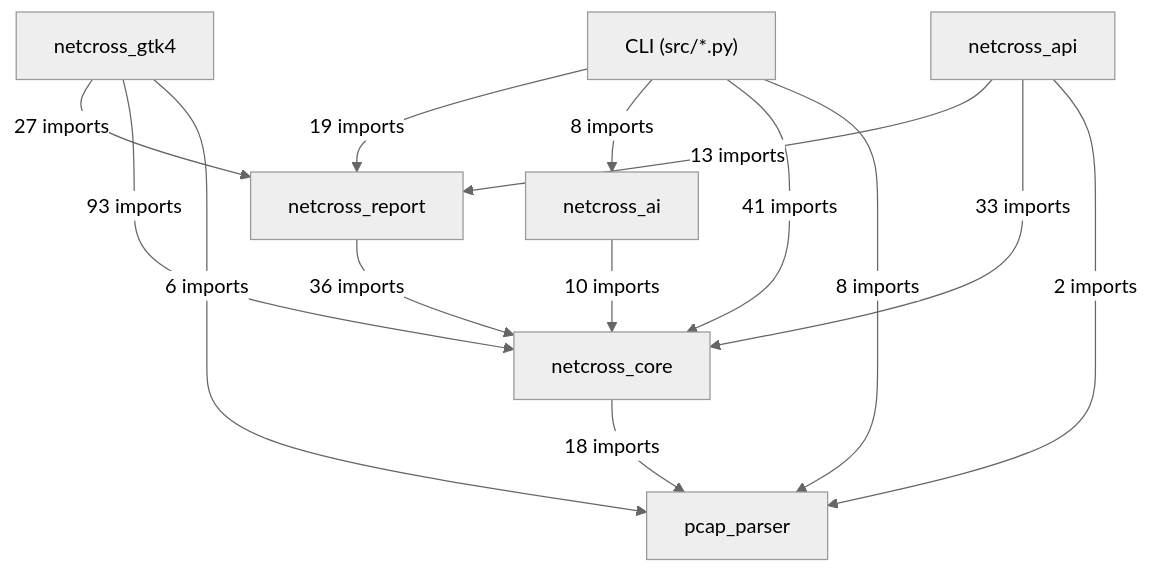
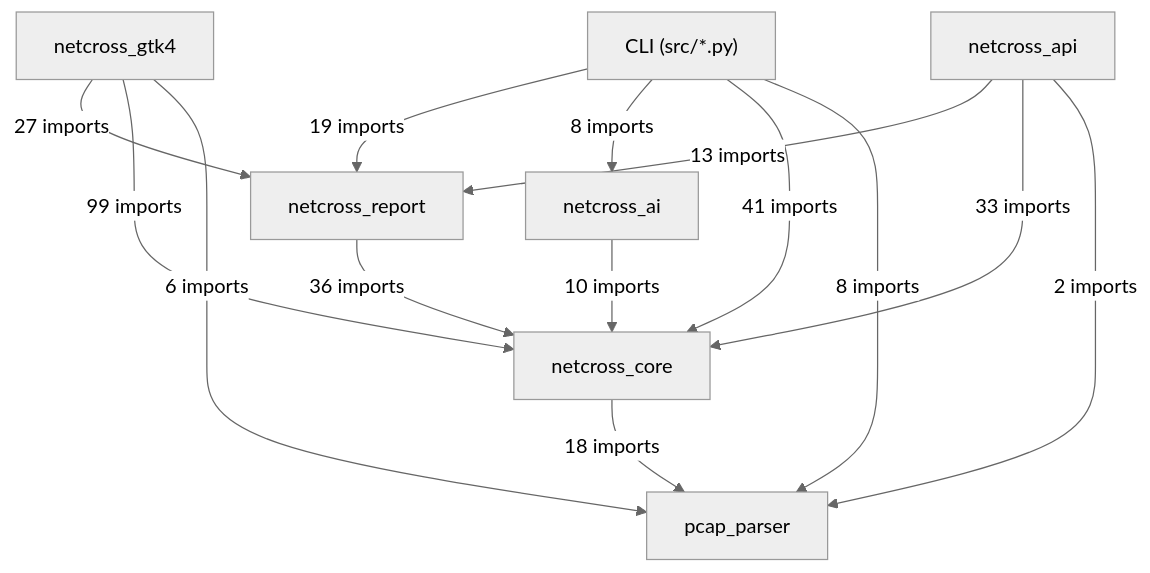
One commit to Mathide-Team/Netcross changed the first of 19 diagrams in docs/class-diagram.md. Above: the diagram before and after it, drawn with Mermaid (neutral theme). The commit also changed other lines of this file and 7 other files, not shown here.

````diff
--- a/docs/class-diagram.md
+++ b/docs/class-diagram.md
@@ -26,23 +26,23 @@
 ```mermaid
 flowchart TD
     CLI["CLI (src/*.py)"]
     netcross_gtk4["netcross_gtk4"]
     netcross_api["netcross_api"]
     netcross_report["netcross_report"]
     netcross_ai["netcross_ai"]
     netcross_core["netcross_core"]
     pcap_parser["pcap_parser"]
     CLI -->|"19 imports"| netcross_report
     CLI -->|"8 imports"| netcross_ai
     CLI -->|"41 imports"| netcross_core
     CLI -->|"8 imports"| pcap_parser
     netcross_gtk4 -->|"27 imports"| netcross_report
-    netcross_gtk4 -->|"93 imports"| netcross_core
+    netcross_gtk4 -->|"99 imports"| netcross_core
     netcross_gtk4 -->|"6 imports"| pcap_parser
     netcross_api -->|"13 imports"| netcross_report
     netcross_api -->|"33 imports"| netcross_core
     netcross_api -->|"2 imports"| pcap_parser
     netcross_report -->|"36 imports"| netcross_core
     netcross_ai -->|"10 imports"| netcross_core
     netcross_core -->|"18 imports"| pcap_parser
 ```
````
